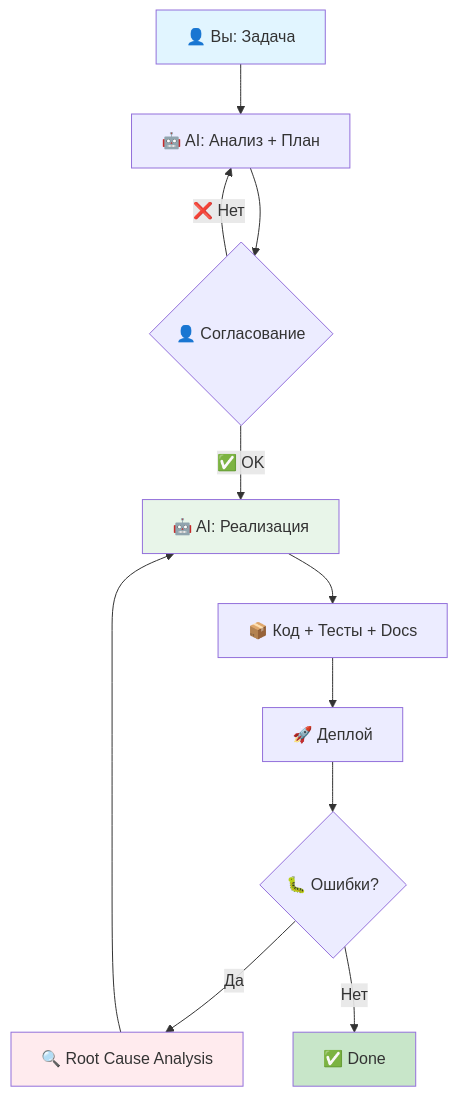
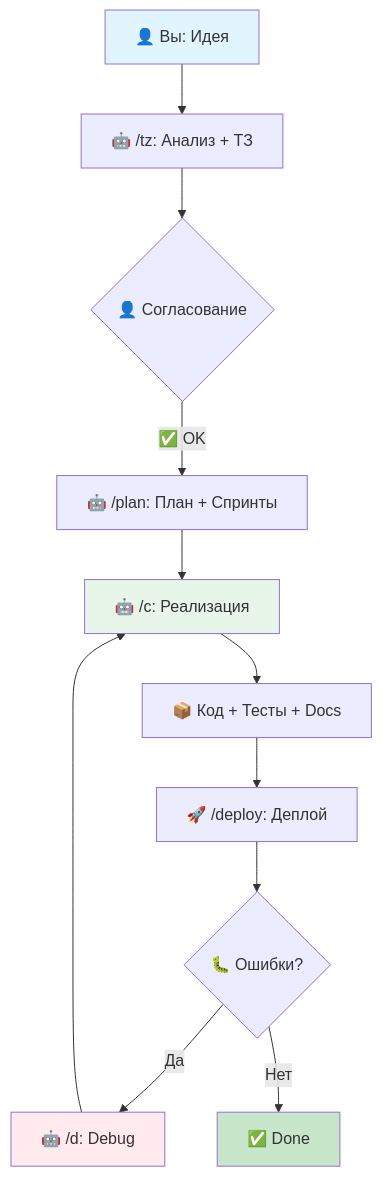
One commit to darck0071/ai-development-partner changed the diagram in README.md. Above: the diagram before and after it, drawn with Mermaid. The commit also changed other lines of this file, not shown here.

````diff
--- a/README.md
+++ b/README.md
@@ -130,18 +134,18 @@
 ```mermaid
 graph TB
-    A[👤 Вы: Задача] --> B[🤖 AI: Анализ + План]
+    A[👤 Вы: Идея] --> B[🤖 /tz: Анализ + ТЗ]
     B --> C{👤 Согласование}
-    C -->|✅ OK| D[🤖 AI: Реализация]
-    C -->|❌ Нет| B
-    D --> E[📦 Код + Тесты + Docs]
-    E --> F[🚀 Деплой]
-    F --> G{🐛 Ошибки?}
-    G -->|Да| H[🔍 Root Cause Analysis]
-    H --> D
-    G -->|Нет| I[✅ Done]
-    
+    C -->|✅ OK| D[🤖 /plan: План + Спринты]
+    D --> E[🤖 /c: Реализация]
+    E --> F[📦 Код + Тесты + Docs]
+    F --> G[🚀 /deploy: Деплой]
+    G --> H{🐛 Ошибки?}
+    H -->|Да| I[🤖 /d: Debug]
+    I --> E
+    H -->|Нет| J[✅ Done]
+
     style A fill:#e1f5ff
-    style D fill:#e8f5e9
-    style I fill:#c8e6c9
-    style H fill:#ffebee
+    style E fill:#e8f5e9
+    style J fill:#c8e6c9
+    style I fill:#ffebee
 ```
````
